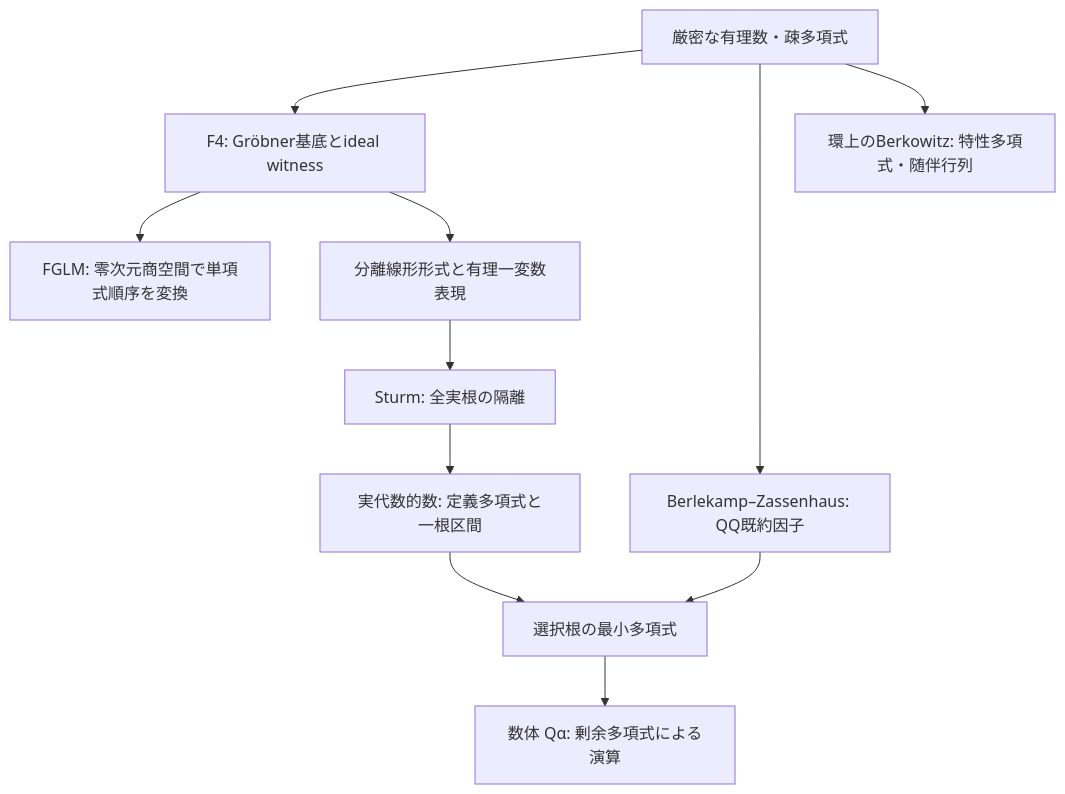
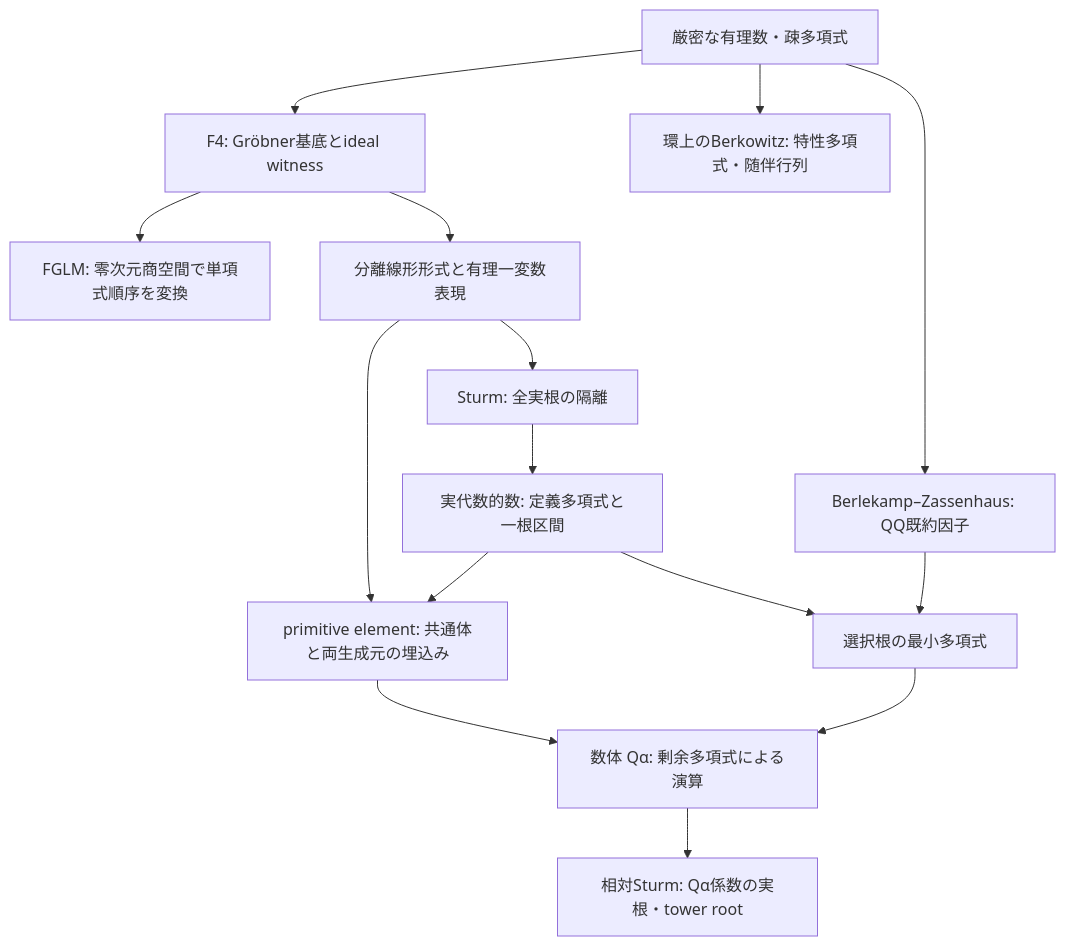
One commit to Hosi121/morph changed the diagram in docs/handbook/algebraic-solving.md. Above: the diagram before and after it, drawn with Mermaid. The commit also changed other lines of this file and 8 other files, not shown here.

````diff
--- a/docs/handbook/algebraic-solving.md
+++ b/docs/handbook/algebraic-solving.md
@@ -12,13 +12,17 @@
 ```mermaid
 flowchart TD
   Q[厳密な有理数・疎多項式] --> F4[F4: Gröbner基底とideal witness]
   F4 --> FGLM[FGLM: 零次元商空間で単項式順序を変換]
   F4 --> RUR[分離線形形式と有理一変数表現]
   RUR --> ST[Sturm: 全実根の隔離]
   ST --> RA[実代数的数: 定義多項式と一根区間]
   Q --> Z[Berlekamp–Zassenhaus: QQ既約因子]
   Z --> MIN[選択根の最小多項式]
   RA --> MIN
   MIN --> K[数体 Qα: 剰余多項式による演算]
+  RA --> C[primitive element: 共通体と両生成元の埋込み]
+  RUR --> C
+  C --> K
+  K --> OS[相対Sturm: Qα係数の実根・tower root]
   Q --> B[環上のBerkowitz: 特性多項式・随伴行列]
 ```
````
